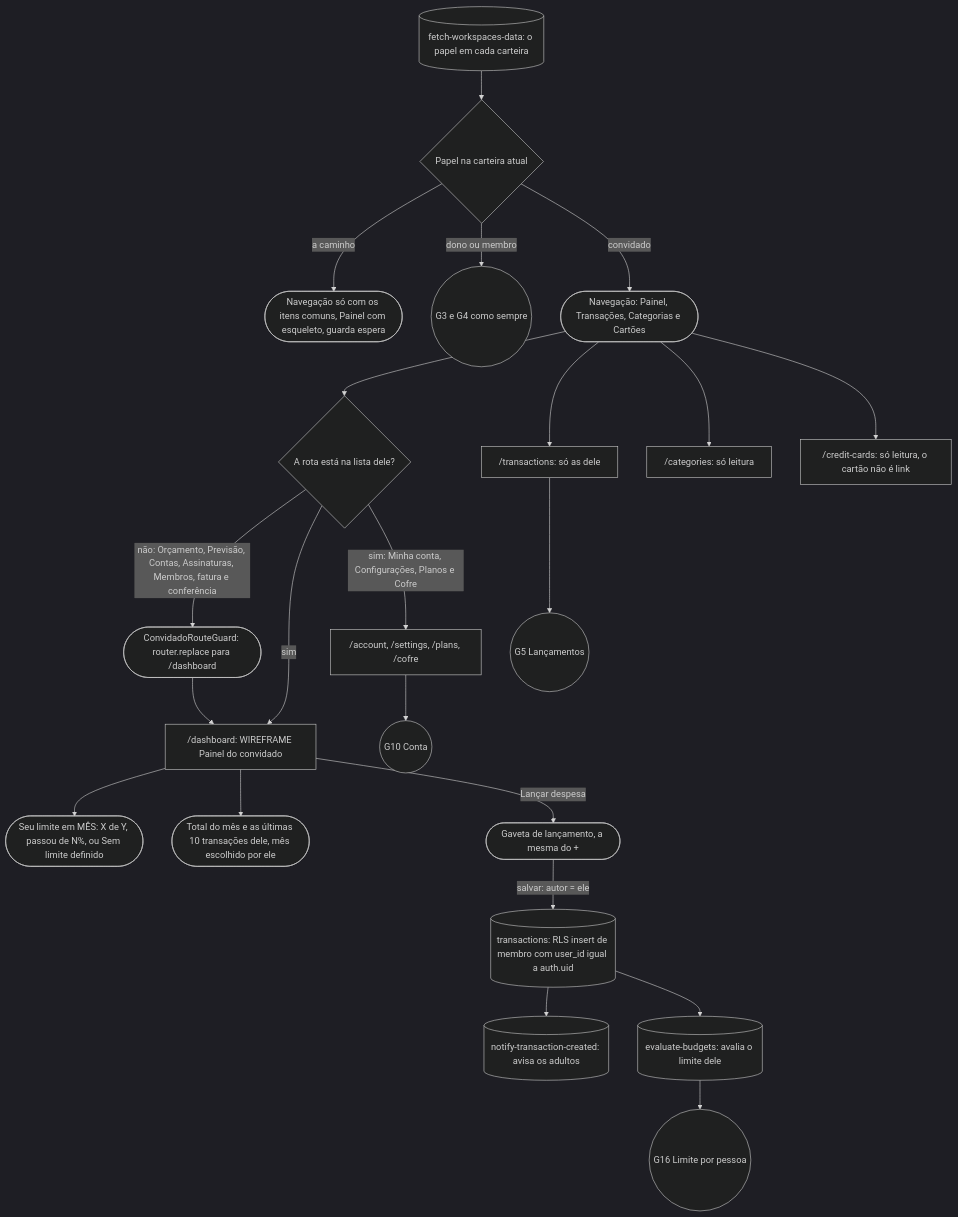
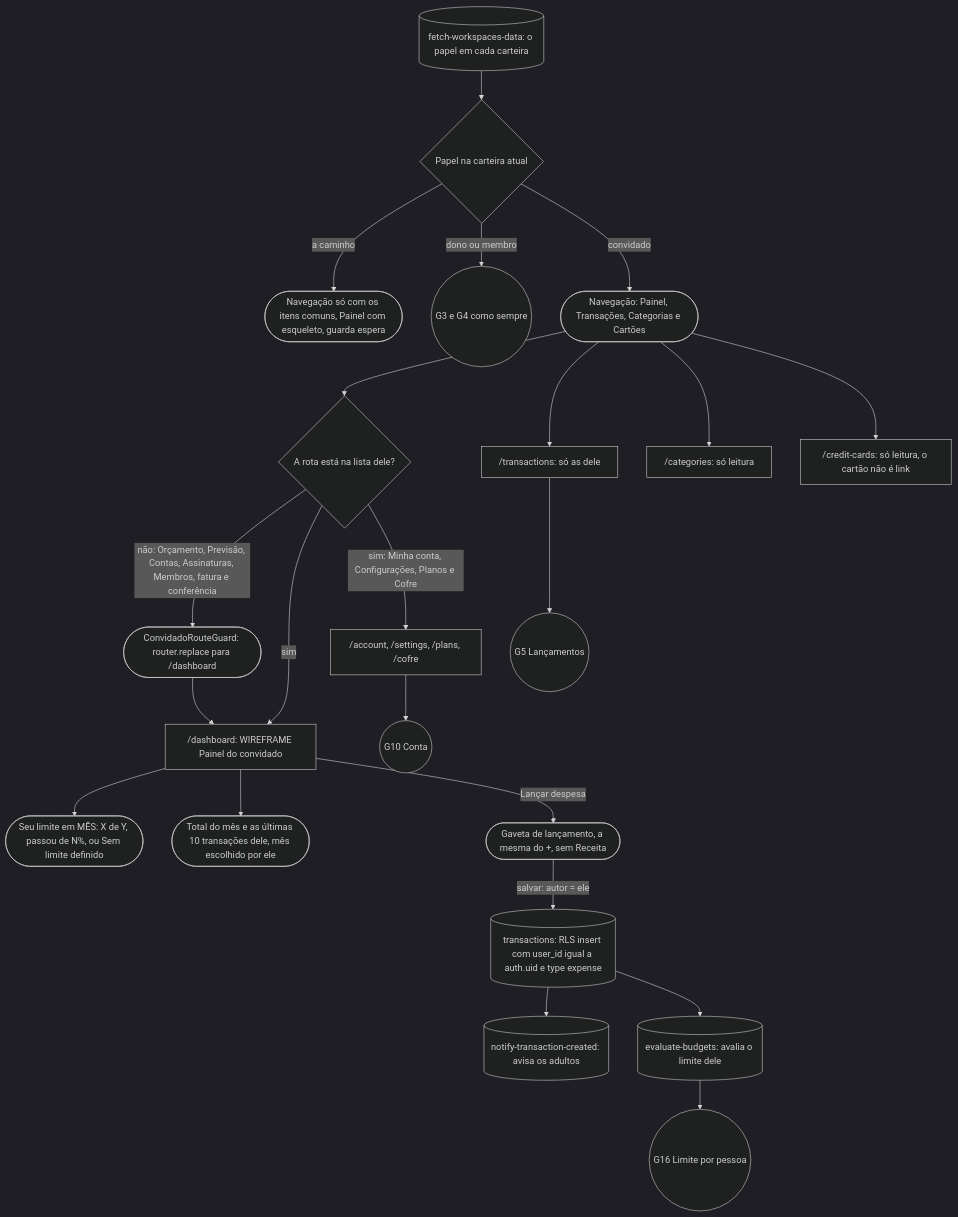
Before and after one commit to kauax2000/finance_app: diagram 21 of 22 in docs/JORNADAS.md, drawn with Mermaid. The commit also changed other lines of this file and 15 other files, not shown here.

````diff
--- a/docs/JORNADAS.md
+++ b/docs/JORNADAS.md
@@ -1489,25 +1490,25 @@
 ```mermaid
 %%{init: {"theme": "dark"}}%%
 flowchart TD
     carteiras[("fetch-workspaces-data: o papel em cada carteira")] --> papelQ{"Papel na carteira atual"}
     papelQ -->|"a caminho"| espera(["Navegação só com os itens comuns, Painel com esqueleto, guarda espera"])
     papelQ -->|"dono ou membro"| casa(("G3 e G4 como sempre"))
     papelQ -->|"convidado"| navCv(["Navegação: Painel, Transações, Categorias e Cartões"])
     navCv --> rota{"A rota está na lista dele?"}
     rota -->|"não: Orçamento, Previsão, Contas, Assinaturas, Membros, fatura e conferência"| volta(["ConvidadoRouteGuard: router.replace para /dashboard"])
     rota -->|"sim"| painelCv["/dashboard: WIREFRAME Painel do convidado"]
     volta --> painelCv
     painelCv --> limiteCv(["Seu limite em MÊS: X de Y, passou de N%, ou Sem limite definido"])
     painelCv --> totalCv(["Total do mês e as últimas 10 transações dele, mês escolhido por ele"])
-    painelCv -->|"Lançar despesa"| formCv(["Gaveta de lançamento, a mesma do +"])
-    formCv -->|"salvar: autor = ele"| insere[("transactions: RLS insert de membro com user_id igual a auth.uid")]
+    painelCv -->|"Lançar despesa"| formCv(["Gaveta de lançamento, a mesma do +, sem Receita"])
+    formCv -->|"salvar: autor = ele"| insere[("transactions: RLS insert com user_id igual a auth.uid e type expense")]
     insere --> avisaCasa[("notify-transaction-created: avisa os adultos")]
     insere --> avalia[("evaluate-budgets: avalia o limite dele")]
     avalia --> G16(("G16 Limite por pessoa"))
     navCv --> transCv["/transactions: só as dele"]
     transCv --> G5(("G5 Lançamentos"))
     navCv --> catsCv["/categories: só leitura"]
     navCv --> cardsCv["/credit-cards: só leitura, o cartão não é link"]
     rota -->|"sim: Minha conta, Configurações, Planos e Cofre"| contaCv["/account, /settings, /plans, /cofre"]
     contaCv --> G10(("G10 Conta"))
 ```
````
